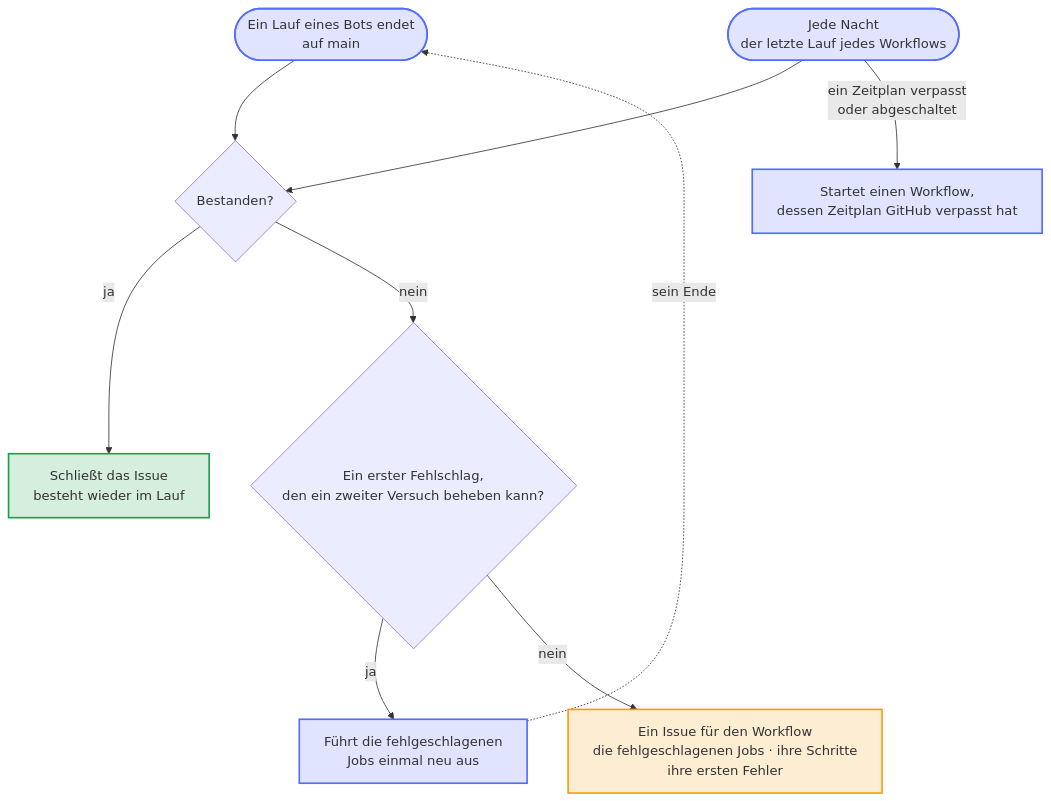
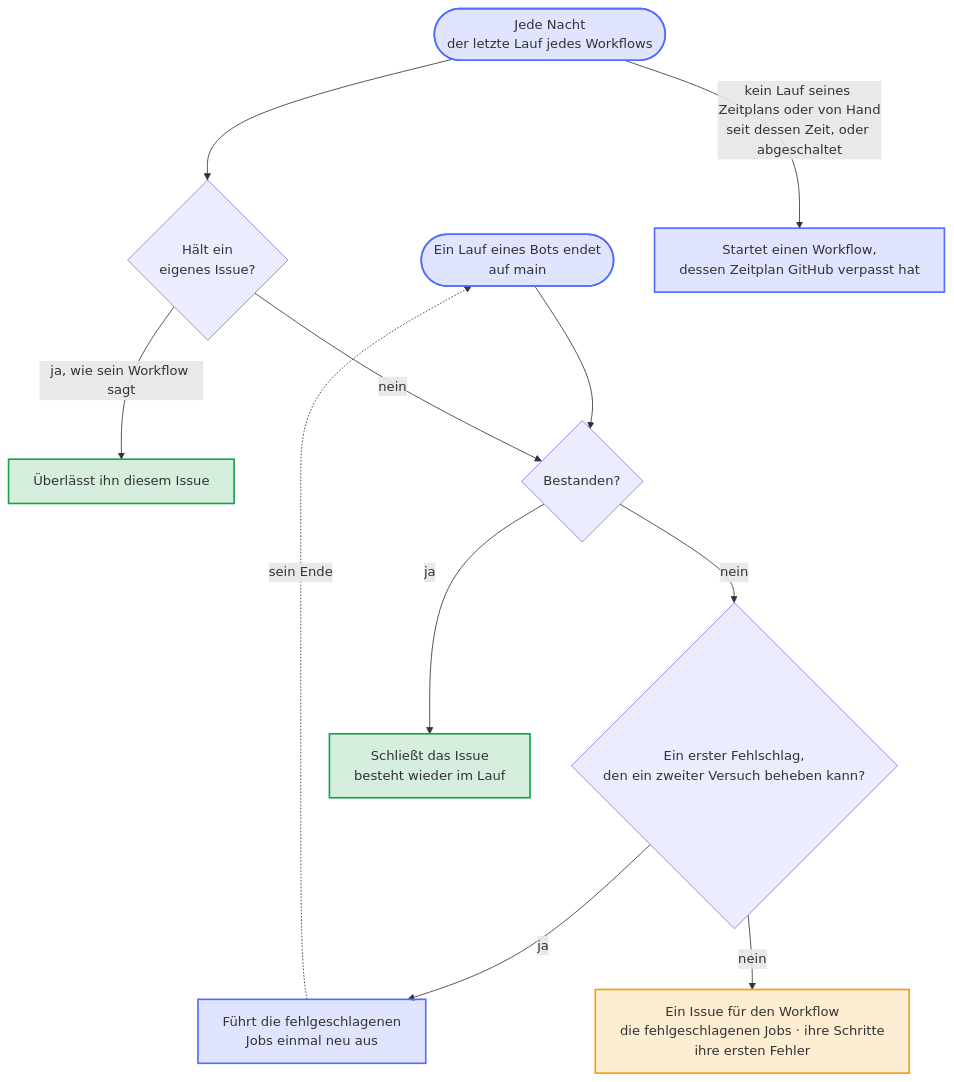
One commit to Dennis-Otto/repo-blueprint changed the diagram in docs/diagrams/what-the-bot-health-bot-does-when-a-bot-fails.de.mmd. Above: the diagram before and after it, drawn with Mermaid. The commit also changed 18 other files, not shown here.

First line of the commit message:
fix(bot-health): skip project workflows that keep their own issue, and let a push run no longer hide a missed schedule

```diff
--- a/docs/diagrams/what-the-bot-health-bot-does-when-a-bot-fails.de.mmd
+++ b/docs/diagrams/what-the-bot-health-bot-does-when-a-bot-fails.de.mmd
@@ -1,33 +1,37 @@
 ---
 config:
   flowchart:
     wrappingWidth: 400
 ---
 flowchart TB
     accTitle: Was der Bot für den Zustand der Bots tut, wenn ein Bot fehlschlägt
-    accDescr: Wenn ein Lauf eines Bots oder eines geplanten Workflows auf dem Standardbranch endet, sieht der Bot ihn sich an; Läufe von Pull Requests starten nichts. Ein erster Fehlschlag, den ein zweiter Versuch beheben kann, führt seine fehlgeschlagenen Jobs einmal neu aus. Ein Fehlschlag, der bleibt, öffnet ein Issue für den Workflow oder aktualisiert es, mit den fehlgeschlagenen Jobs, ihren Schritten und ihren ersten Fehlern. Ein Lauf, der besteht, schließt das Issue. Jede Nacht sieht sich der Bot den letzten Lauf jedes Workflows an, falls GitHub ein Ereignis verloren hat, und startet einen Workflow, dessen Zeitplan GitHub verpasst oder abgeschaltet hat.
+    accDescr: Wenn ein Lauf eines Bots oder eines geplanten Workflows auf dem Standardbranch endet, sieht der Bot ihn sich an; Läufe von Pull Requests starten nichts. Ein erster Fehlschlag, den ein zweiter Versuch beheben kann, führt seine fehlgeschlagenen Jobs einmal neu aus. Ein Fehlschlag, der bleibt, öffnet ein Issue für den Workflow oder aktualisiert es, mit den fehlgeschlagenen Jobs, ihren Schritten und ihren ersten Fehlern. Ein Lauf, der besteht, schließt das Issue. Jede Nacht sieht sich der Bot den letzten Lauf jedes Workflows an, falls GitHub ein Ereignis verloren hat, überlässt aber einen Workflow, der ein eigenes Issue hält, diesem Issue. Er startet einen Workflow, dessen Zeitplan GitHub verpasst oder abgeschaltet hat: einen ohne Lauf seines Zeitplans oder von Hand seit der Zeit seines Zeitplans, gleich welche Pushes ihn seitdem ausgeführt haben.
 
     run(["Ein Lauf eines Bots endet<br>auf main"])
     nightly(["Jede Nacht<br>der letzte Lauf jedes Workflows"])
+    own{"Hält ein<br>eigenes Issue?"}
+    left["Überlässt ihn diesem Issue"]
     passed{"Bestanden?"}
     first{"Ein erster Fehlschlag,<br>den ein zweiter Versuch beheben kann?"}
     again["Führt die fehlgeschlagenen<br>Jobs einmal neu aus"]
     issue["Ein Issue für den Workflow<br>die fehlgeschlagenen Jobs · ihre Schritte<br>ihre ersten Fehler"]
     closed["Schließt das Issue<br>besteht wieder im Lauf"]
     missed["Startet einen Workflow,<br>dessen Zeitplan GitHub verpasst hat"]
 
     run --> passed
-    nightly --> passed
-    nightly -- "ein Zeitplan verpasst<br>oder abgeschaltet" --> missed
+    nightly --> own
+    own -- "ja, wie sein Workflow sagt" --> left
+    own -- "nein" --> passed
+    nightly -- "kein Lauf seines Zeitplans oder von Hand<br>seit dessen Zeit, oder abgeschaltet" --> missed
     passed -- "ja" --> closed
     passed -- "nein" --> first
     first -- "ja" --> again
     again -. "sein Ende" .-> run
     first -- "nein" --> issue
 
     classDef bot fill:#526cfe2e,stroke:#526cfe,stroke-width:2px
     classDef person fill:#f59e0b2e,stroke:#f59e0b,stroke-width:2px
     classDef done fill:#16a34a2e,stroke:#16a34a,stroke-width:2px
     class run,nightly,again,missed bot
     class issue person
-    class closed done
+    class closed,left done
```
